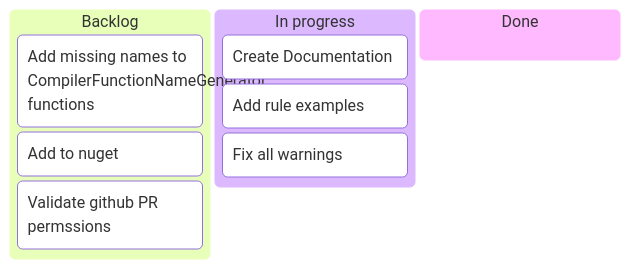
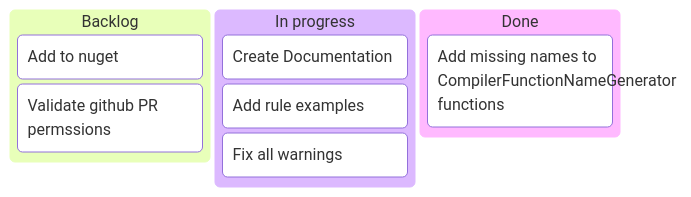
The first of 2 diagrams in c_sharp/doc/todo.md (organized-puns/gg.parse), drawn with Mermaid before and after one commit. The commit also changed other lines of this file and 4 other files, not shown here.

Commit message:
Add missing names to compiler function name generator

````diff
--- a/c_sharp/doc/todo.md
+++ b/c_sharp/doc/todo.md
@@ -6,17 +6,17 @@
 ```mermaid
 ---
 config:
   kanban:
     ticketBaseUrl: 'https://github.com/mermaid-js/mermaid/issues/#TICKET#'
 ---
 kanban
   Backlog
-    [Add missing names to CompilerFunctionNameGenerator functions]   
     [Add to nuget]
     [Validate github PR permssions]
   In progress
     [Create Documentation]
     [Add rule examples]
     [Fix all warnings]
   Done
+    [Add missing names to CompilerFunctionNameGenerator functions]   
 ```
````
